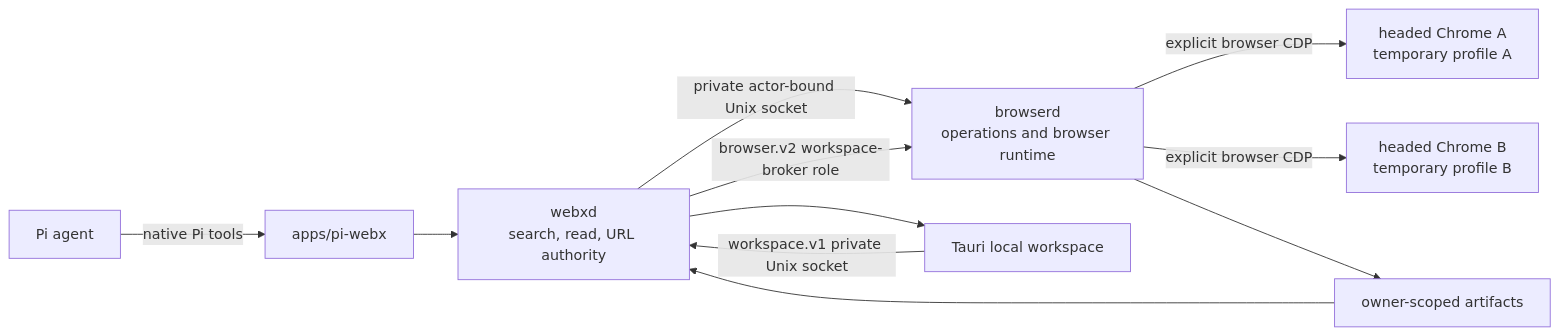
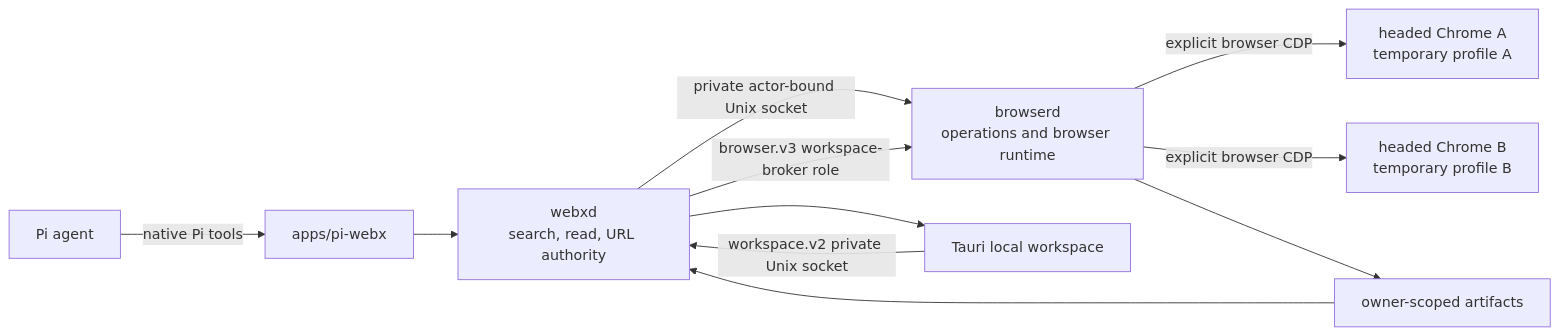
Before and after one commit to JCFrags/my-shtty-pi-web: the diagram in docs/browser-rebuild/ARCHITECTURE.md, drawn with Mermaid. The commit also changed other lines of this file and 15 other files, not shown here.

````diff
--- a/docs/browser-rebuild/ARCHITECTURE.md
+++ b/docs/browser-rebuild/ARCHITECTURE.md
@@ -9,13 +9,13 @@
 ```mermaid
 flowchart LR
   Agent[Pi agent] -->|native Pi tools| Ext[apps/pi-webx]
   Ext --> Webxd[webxd\nsearch, read, URL authority]
   Webxd -->|private actor-bound Unix socket| Browserd[browserd\noperations and browser runtime]
   Browserd -->|explicit browser CDP| ChromeA[headed Chrome A\ntemporary profile A]
   Browserd -->|explicit browser CDP| ChromeB[headed Chrome B\ntemporary profile B]
   Browserd --> Artifacts[owner-scoped artifacts]
-  Workspace[Tauri local workspace] -->|workspace.v1 private Unix socket| Webxd
-  Webxd -->|browser.v2 workspace-broker role| Browserd
+  Workspace[Tauri local workspace] -->|workspace.v2 private Unix socket| Webxd
+  Webxd -->|browser.v3 workspace-broker role| Browserd
   Artifacts --> Webxd
   Webxd --> Workspace
 ```
````
